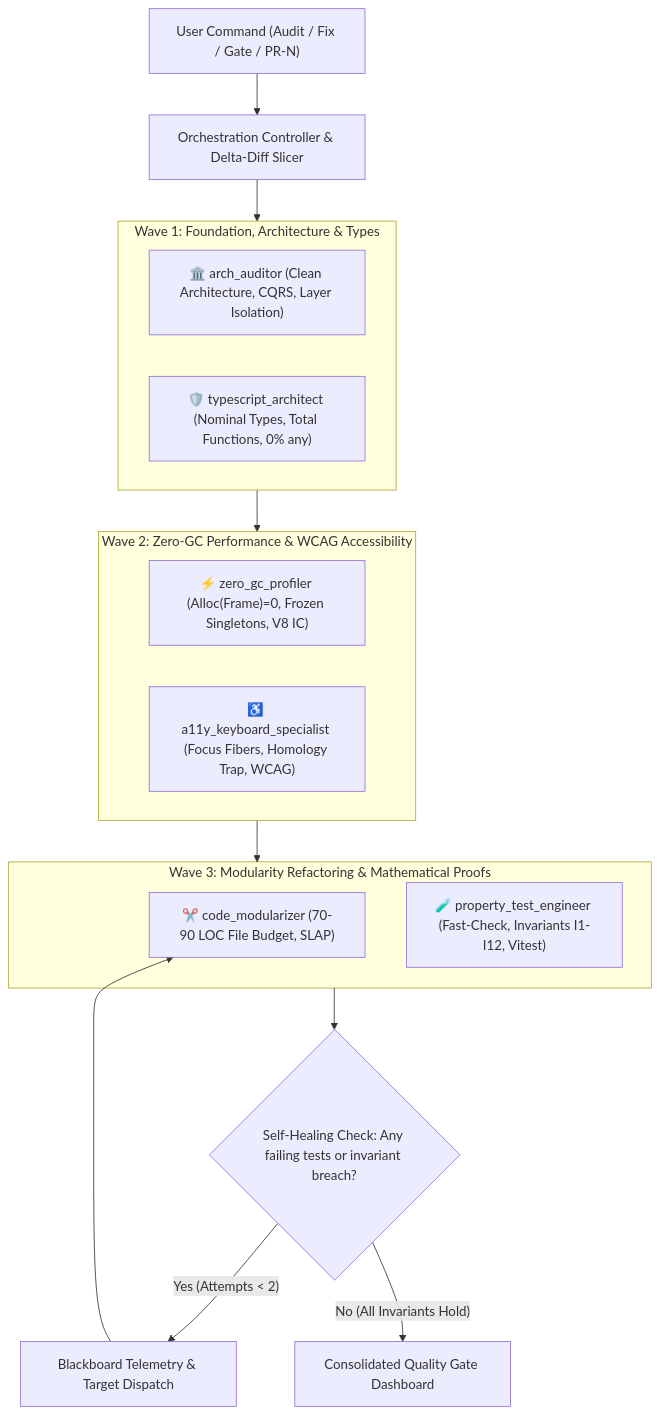
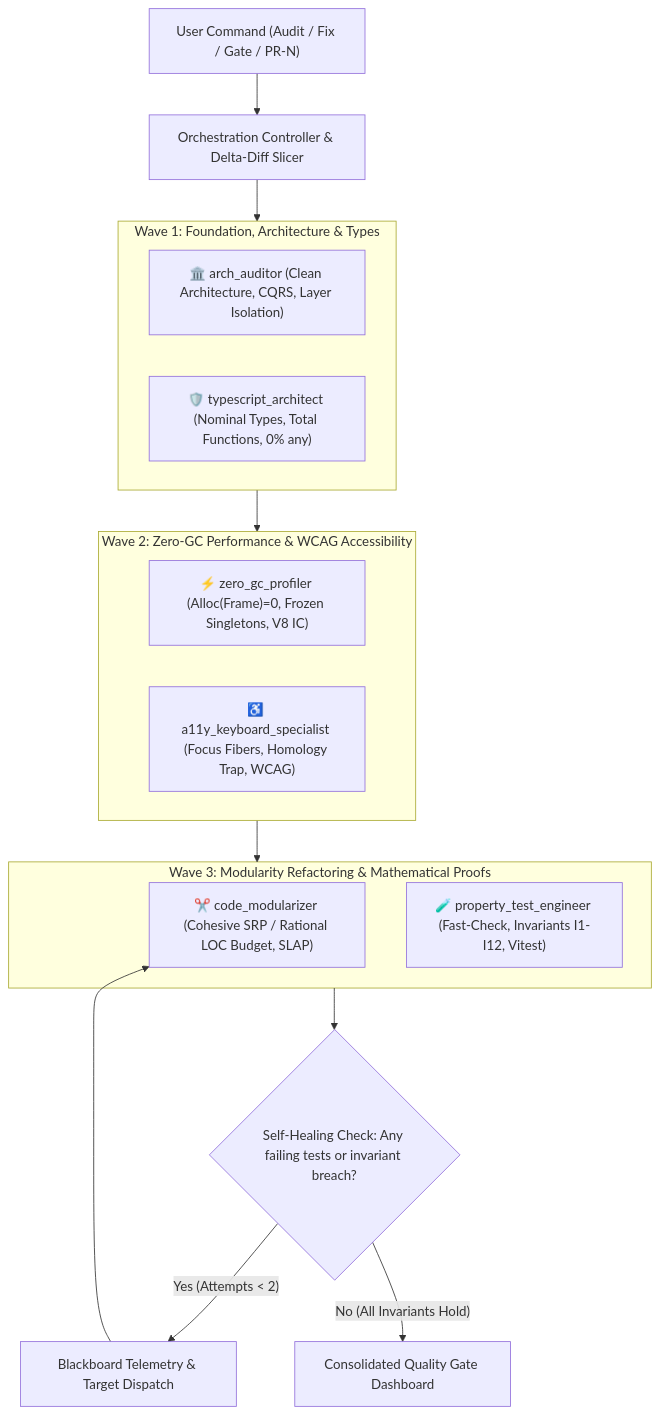
Before and after one commit to HerAnsu/popover-trail: the diagram in .agents/skills/team-orchestrator/SKILL.md, drawn with Mermaid. The commit also changed other lines of this file and 1188 other files, not shown here.

First line of the commit message:
feat: architecture SSOT refactoring and comprehensive multi-agent test coverage

````diff
--- a/.agents/skills/team-orchestrator/SKILL.md
+++ b/.agents/skills/team-orchestrator/SKILL.md
@@ -26,27 +26,27 @@
 ```mermaid
 graph TD
     Trigger["User Command (Audit / Fix / Gate / PR-N)"] --> Planner["Orchestration Controller & Delta-Diff Slicer"]
     
     subgraph Wave1["Wave 1: Foundation, Architecture & Types"]
         AA["🏛️ arch_auditor (Clean Architecture, CQRS, Layer Isolation)"]
         TA["🛡️ typescript_architect (Nominal Types, Total Functions, 0% any)"]
     end
     
     subgraph Wave2["Wave 2: Zero-GC Performance & WCAG Accessibility"]
         ZG["⚡ zero_gc_profiler (Alloc(Frame)=0, Frozen Singletons, V8 IC)"]
         A11Y["♿ a11y_keyboard_specialist (Focus Fibers, Homology Trap, WCAG)"]
     end
     
     subgraph Wave3["Wave 3: Modularity Refactoring & Mathematical Proofs"]
-        CM["✂️ code_modularizer (70-90 LOC File Budget, SLAP)"]
+        CM["✂️ code_modularizer (Cohesive SRP / Rational LOC Budget, SLAP)"]
         PTE["🧪 property_test_engineer (Fast-Check, Invariants I1-I12, Vitest)"]
     end
 
     Planner --> Wave1
     Wave1 --> Wave2
     Wave2 --> Wave3
     
     Wave3 --> Healing{"Self-Healing Check: Any failing tests or invariant breach?"}
     Healing -- "Yes (Attempts < 2)" --> Blackboard["Blackboard Telemetry & Target Dispatch"] --> CM
     Healing -- "No (All Invariants Hold)" --> Gate["Consolidated Quality Gate Dashboard"]
 ```
````
